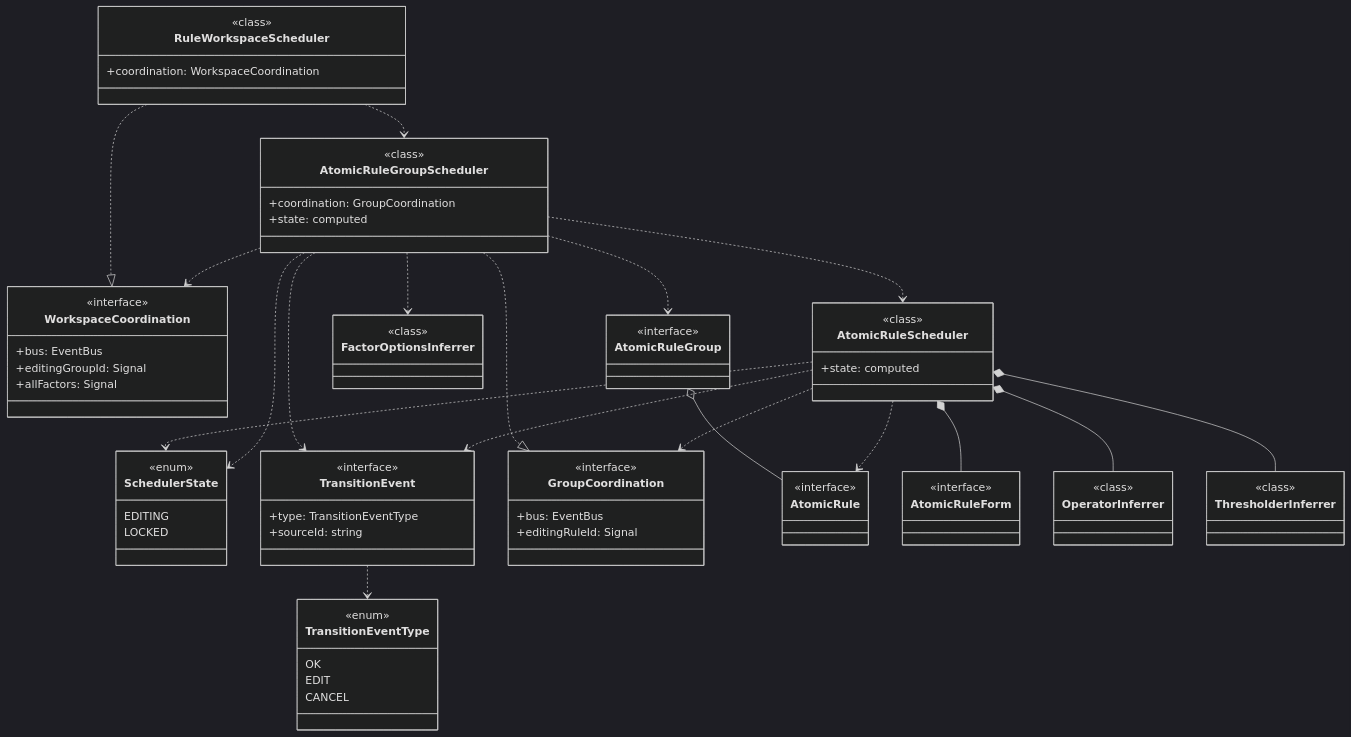
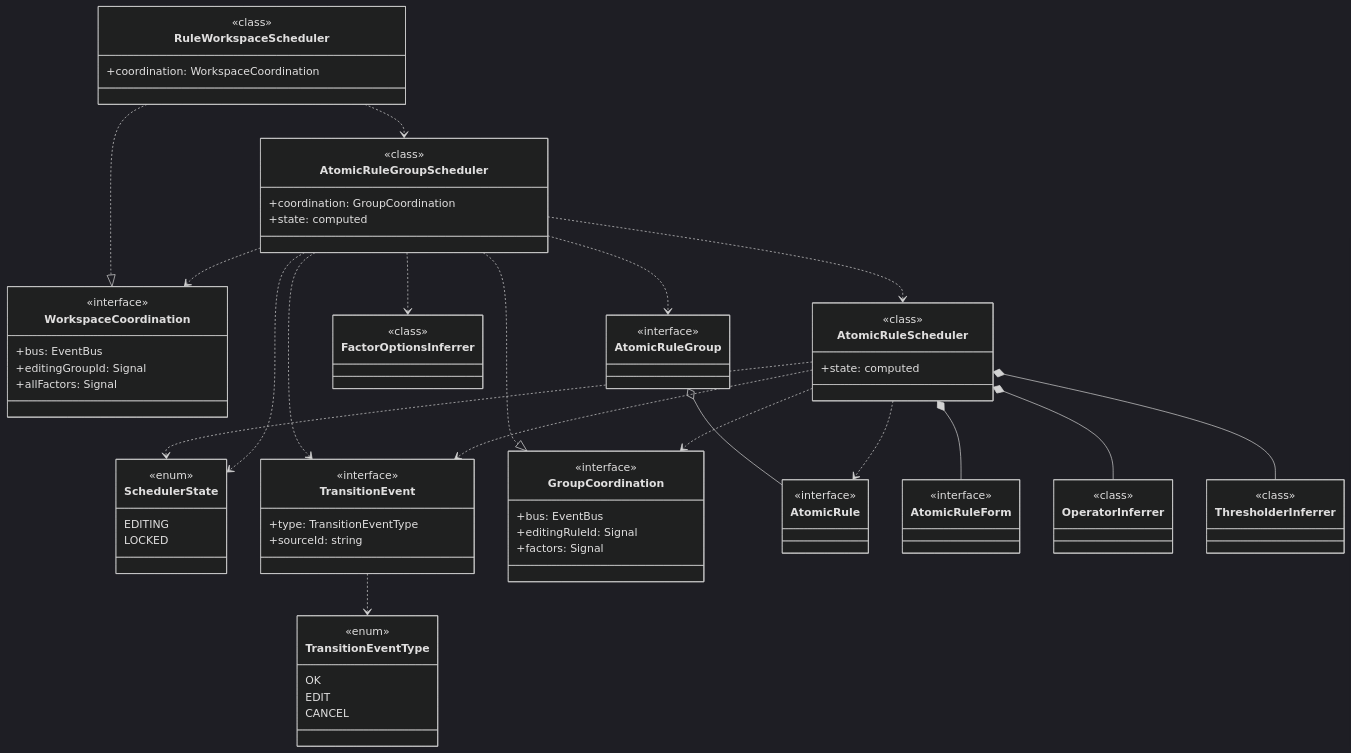
Before and after one commit to huang-xiao-jian/themis: the diagram in specs/core/spec.md, drawn with Mermaid (dark theme). The commit also changed 16 other files, not shown here.

```diff
--- a/specs/core/spec.md
+++ b/specs/core/spec.md
@@ -90,6 +90,7 @@
     <<interface>>
     +bus: EventBus
     +editingRuleId: Signal
+    +factors: Signal
   }
 
   class AtomicRule {
```
